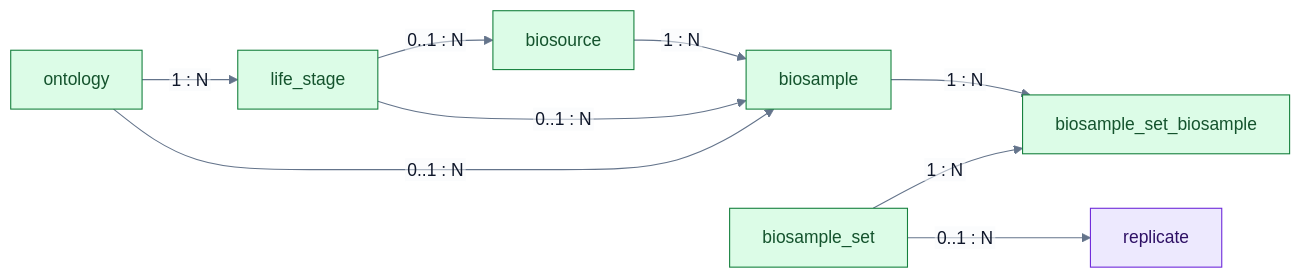
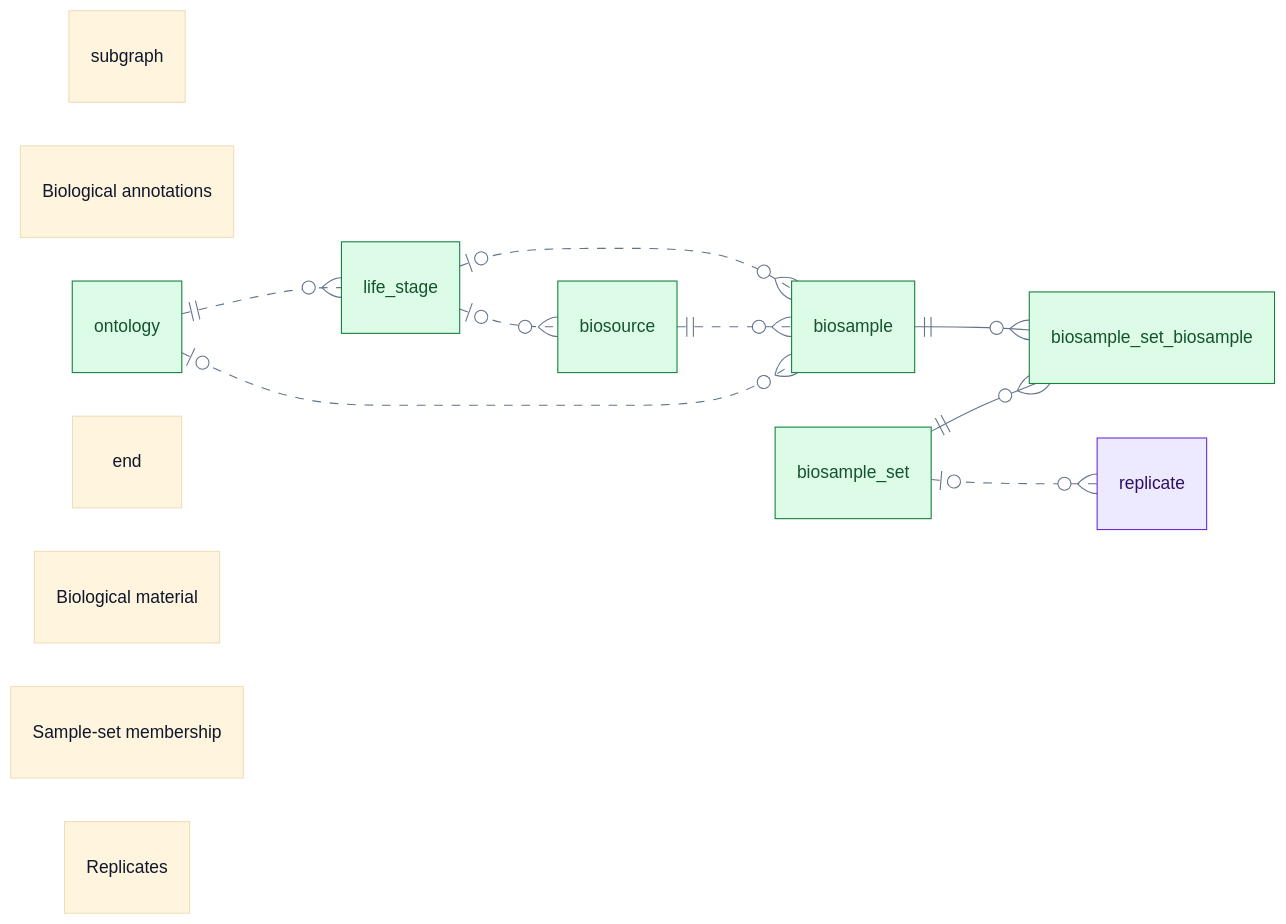
One commit to Ensembl/regulation-data-registry changed the third of 7 diagrams in README.md. Above: the diagram before and after it, drawn with Mermaid. The commit also changed other lines of this file, not shown here.

First line of the commit message:
Refine schema diagrams with native ER notation

````diff
--- a/README.md
+++ b/README.md
@@ -215,35 +242,60 @@
 ```mermaid
 ---
 config:
   theme: base
+  layout: dagre
+  er:
+    rankSpacing: 90
+    nodeSpacing: 40
   themeCSS: |
-    .edgeLabel rect { opacity: 1; }
+    .relationshipLabelBox, .relationshipLabelBox rect { opacity: 1; fill: #f8fafc; }
     .labelBkg { background-color: #f8fafc; }
   themeVariables:
     primaryTextColor: '#0f172a'
-    secondaryTextColor: '#0f172a'
-    tertiaryTextColor: '#0f172a'
     textColor: '#0f172a'
     lineColor: '#64748b'
     edgeLabelBackground: '#f8fafc'
     clusterBkg: '#f8fafc'
-    clusterBorder: '#64748b'
-    titleColor: '#0f172a'
-  flowchart:
-    htmlLabels: false
+    clusterBorder: '#94a3b8'
+    tertiaryColor: '#f8fafc'
+    tertiaryTextColor: '#0f172a'
 ---
-flowchart LR
-    biosource -->|"1 : N"| biosample
-    life_stage -->|"0..1 : N"| biosample
-    ontology -->|"0..1 : N"| biosample
-    biosample -->|"1 : N"| biosample_set_biosample
-    biosample_set -->|"1 : N"| biosample_set_biosample
-    life_stage -->|"0..1 : N"| biosource
-    ontology -->|"1 : N"| life_stage
-    biosample_set -->|"0..1 : N"| replicate
+erDiagram
+    direction LR
+    subgraph sample_annotations ["Biological annotations"]
+        direction LR
+        ontology
+        life_stage
+        ontology ||..o{ life_stage : ""
+    end
+
+    subgraph sample_material ["Biological material"]
+        direction LR
+        biosource
+        biosample
+        biosource ||..o{ biosample : ""
+    end
+
+    subgraph sample_membership ["Sample-set membership"]
+        direction LR
+        biosample_set
+        biosample_set_biosample
+        biosample_set ||--o{ biosample_set_biosample : ""
+    end
+
+    subgraph sample_replicates ["Replicates"]
+        direction LR
+        replicate
+    end
+
+    life_stage |o..o{ biosample : ""
+    ontology |o..o{ biosample : ""
+    biosample ||--o{ biosample_set_biosample : ""
+    life_stage |o..o{ biosource : ""
+    biosample_set |o..o{ replicate : ""
 
     classDef assays fill:#ede9fe,stroke:#6d28d9,color:#2e1065
     class replicate assays
     classDef samples fill:#dcfce7,stroke:#15803d,color:#14532d
     class biosample,biosample_set,biosample_set_biosample,biosource,life_stage,ontology samples
 ```
````
